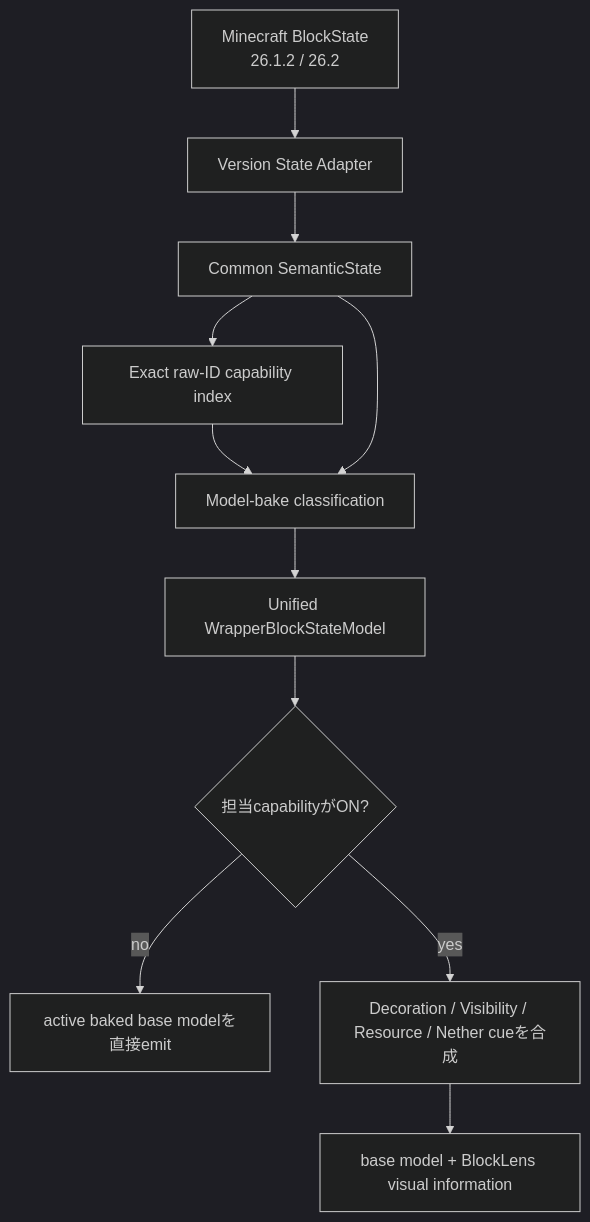
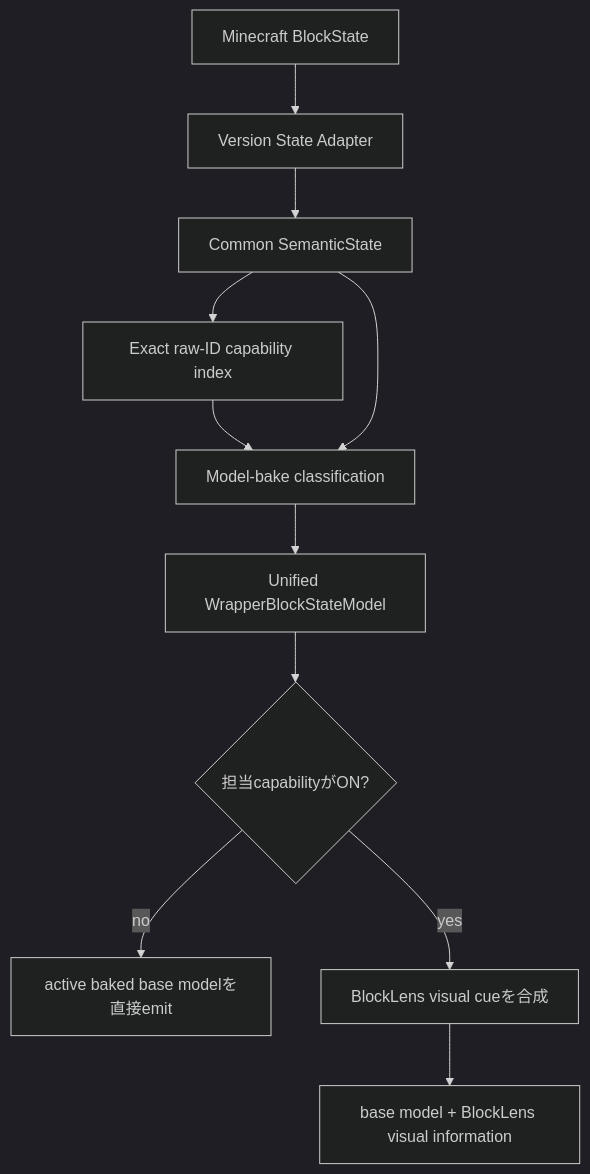
One commit to bosatsu25/BlockLens changed the second of 3 diagrams in README_ja.md. Above: the diagram before and after it, drawn with Mermaid (dark theme). The commit also changed other lines of this file, not shown here.

````diff
--- a/README_ja.md
+++ b/README_ja.md
@@ -80,13 +53,13 @@
 ```mermaid
 flowchart TD
-    MC[Minecraft BlockState\n26.1.2 / 26.2] --> VA[Version State Adapter]
+    MC[Minecraft BlockState] --> VA[Version State Adapter]
     VA --> SS[Common SemanticState]
     SS --> IDX[Exact raw-ID capability index]
     IDX --> BM[Model-bake classification]
     SS --> BM
     BM --> WRAP[Unified WrapperBlockStateModel]
     WRAP --> Q{担当capabilityがON?}
     Q -- no --> BASE[active baked base modelを直接emit]
-    Q -- yes --> CUES[Decoration / Visibility / Resource / Nether cueを合成]
+    Q -- yes --> CUES[BlockLens visual cueを合成]
     CUES --> OUT[base model + BlockLens visual information]
 ```
````
